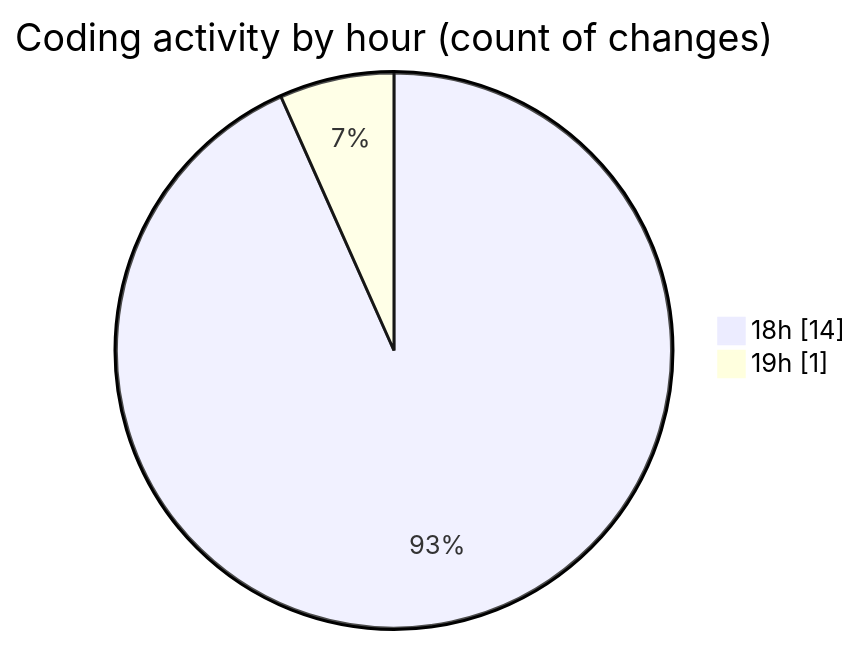
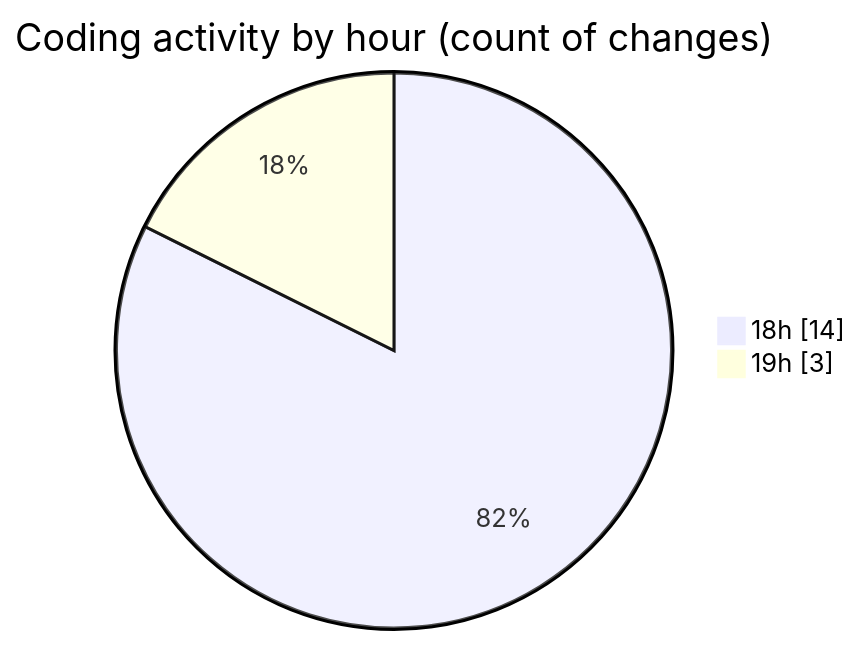
Before and after one commit to Netris89/code-tracking: the second of 2 diagrams in 2025-04-09/back-end/README.md, drawn with Mermaid. The commit also changed other lines of this file and 1 other file, not shown here.

````diff
--- a/2025-04-09/back-end/README.md
+++ b/2025-04-09/back-end/README.md
@@ -31,6 +33,6 @@
 ```mermaid
 pie showData
 title Coding activity by hour (count of changes)
 "18h" : 14
-"19h" : 1
+"19h" : 3
 ```
````
